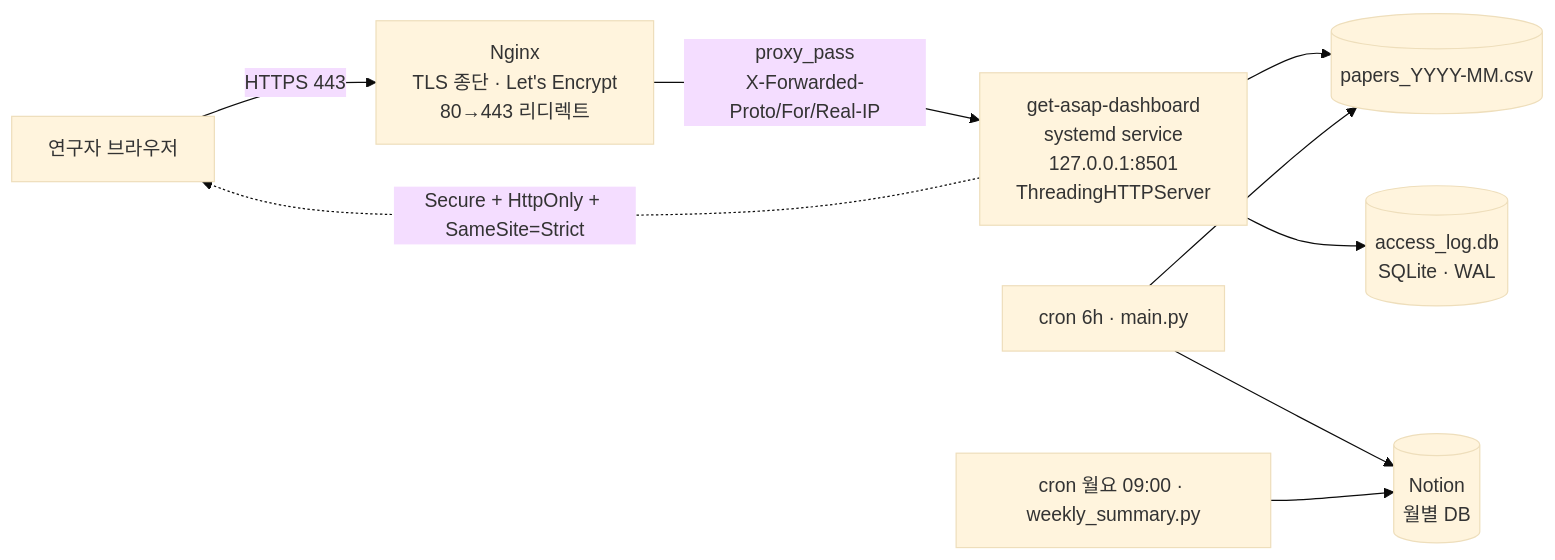
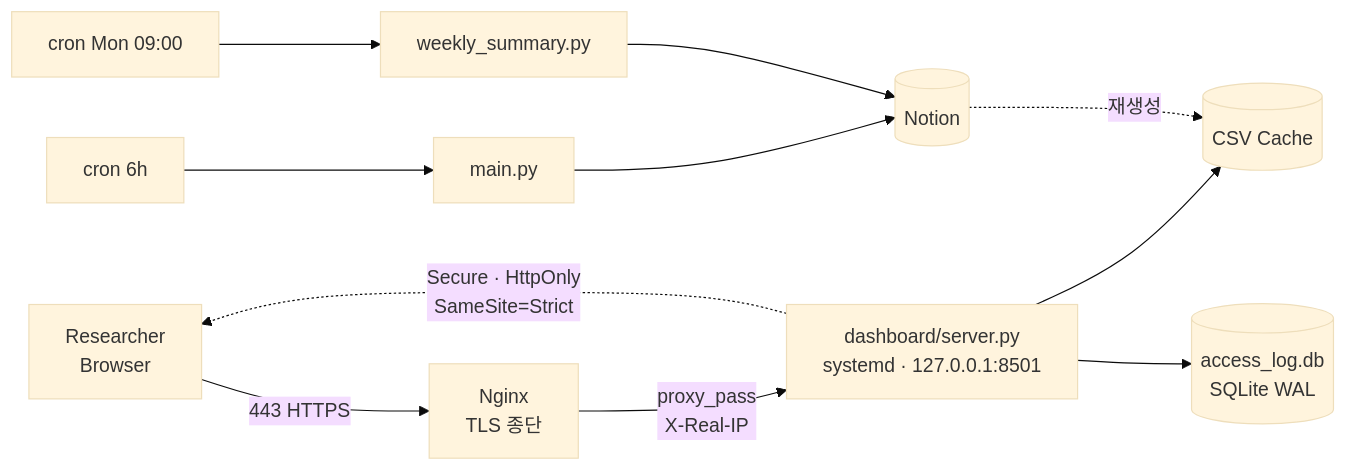
One commit to hydrochan/get-ASAP changed the third of 3 diagrams in README.md. Above: the diagram before and after it, drawn with Mermaid (base theme). The commit also changed other lines of this file, not shown here.

````diff
--- a/README.md
+++ b/README.md
@@ -146,11 +112,13 @@
 ```mermaid
 flowchart LR
-    USER["연구자 브라우저"] -->|HTTPS 443| NG["Nginx<br/>TLS 종단 · Let's Encrypt<br/>80→443 리디렉트"]
-    NG -->|proxy_pass<br/>X-Forwarded-Proto/For/Real-IP| APP["get-asap-dashboard<br/>systemd service<br/>127.0.0.1:8501<br/>ThreadingHTTPServer"]
-    APP --> CSV[(papers_YYYY-MM.csv)]
-    APP --> LOG[(access_log.db<br/>SQLite · WAL)]
-    APP -.->|"Secure + HttpOnly + SameSite=Strict"| USER
-    CRON["cron 6h · main.py"] --> CSV
-    CRON --> NOTION[(Notion<br/>월별 DB)]
-    WEEKLY["cron 월요 09:00 · weekly_summary.py"] --> NOTION
+    U["Researcher<br/>Browser"] -->|443 HTTPS| NG["Nginx<br/>TLS 종단"]
+    NG -->|proxy_pass<br/>X-Real-IP| APP["dashboard/server.py<br/>systemd · 127.0.0.1:8501"]
+    APP --> CSV[(CSV Cache)]
+    APP --> DB[(access_log.db<br/>SQLite WAL)]
+    APP -.->|Secure · HttpOnly<br/>SameSite=Strict| U
+
+    CRON["cron 6h"] --> MAIN[main.py]
+    MAIN --> NOTION[(Notion)]
+    NOTION -.->|재생성| CSV
+    WK["cron Mon 09:00"] --> WS[weekly_summary.py] --> NOTION
 ```
````
